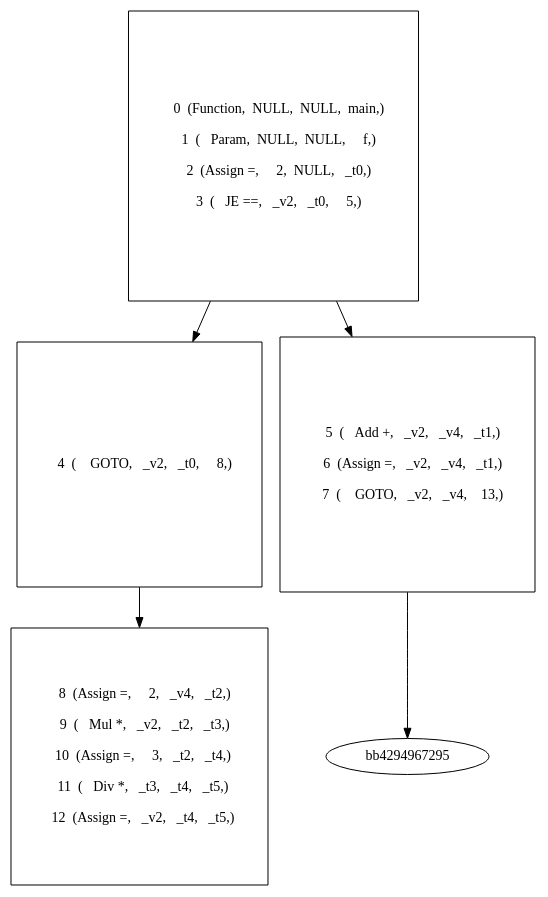
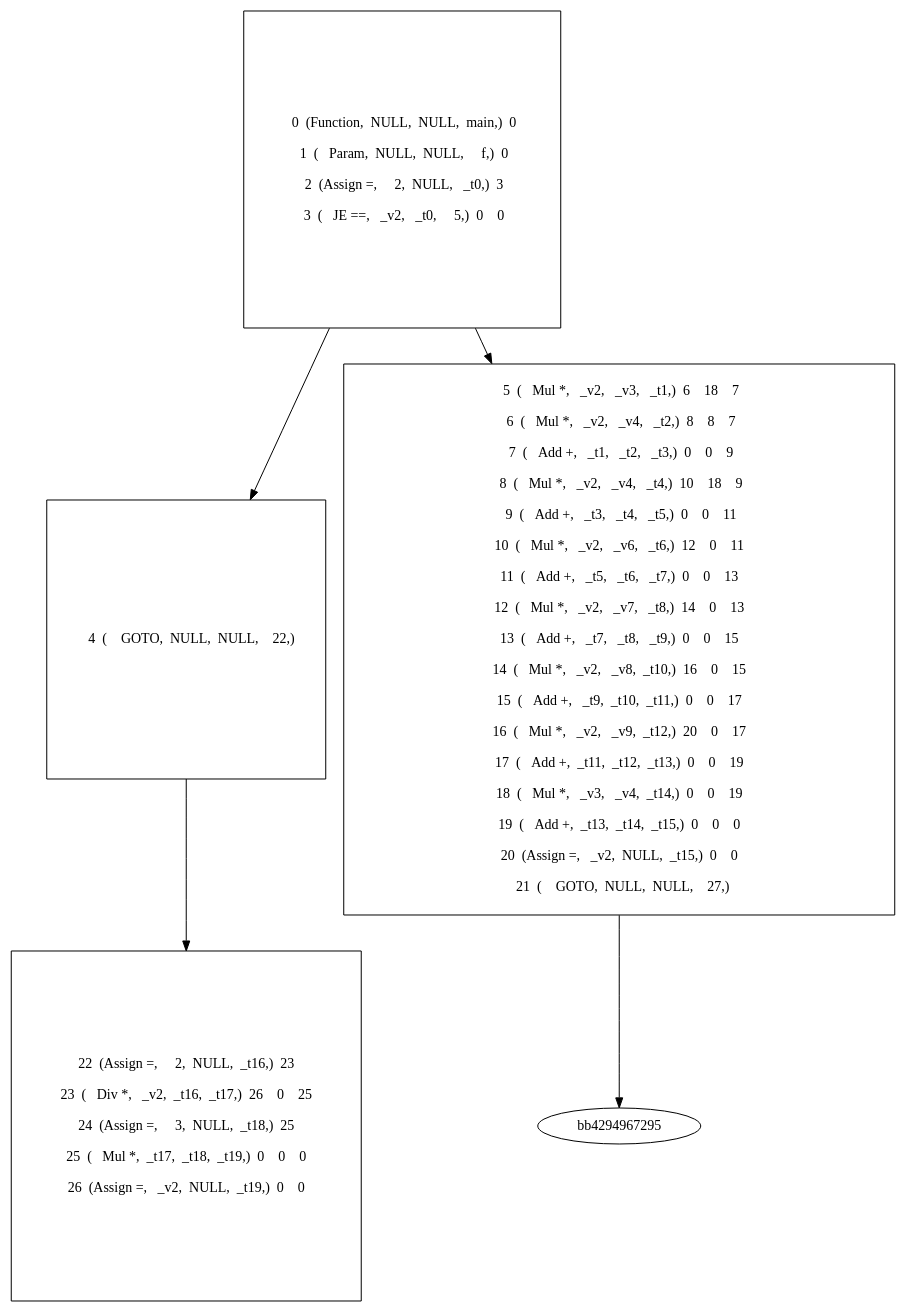
Before and after one commit to cheerryio/compiler: the diagram in graph/graph.dot, drawn with Graphviz. The commit also changed 138 other files, not shown here.

```diff
--- a/graph/graph.dot
+++ b/graph/graph.dot
@@ -1,27 +1,41 @@
 digraph G{
 bb0[shape="square" label="
-    0  (Function,  NULL,  NULL,  main,)\n
-    1  (   Param,  NULL,  NULL,     f,)\n
-    2  (Assign =,     2,  NULL,   _t0,)\n
-    3  (   JE ==,   _v2,   _t0,     5,)\n
+    0  (Function,  NULL,  NULL,  main,)  0  \n
+    1  (   Param,  NULL,  NULL,     f,)  0  \n
+    2  (Assign =,     2,  NULL,   _t0,)  3  \n
+    3  (   JE ==,   _v2,   _t0,     5,)  0    0  \n
 "]
 bb1[shape="square" label="
-    4  (    GOTO,   _v2,   _t0,     8,)\n
+    4  (    GOTO,  NULL,  NULL,    22,)\n
 "]
 bb2[shape="square" label="
-    5  (   Add +,   _v2,   _v4,   _t1,)\n
-    6  (Assign =,   _v2,   _v4,   _t1,)\n
-    7  (    GOTO,   _v2,   _v4,    13,)\n
+    5  (   Mul *,   _v2,   _v3,   _t1,)  6    18    7  \n
+    6  (   Mul *,   _v2,   _v4,   _t2,)  8    8    7  \n
+    7  (   Add +,   _t1,   _t2,   _t3,)  0    0    9  \n
+    8  (   Mul *,   _v2,   _v4,   _t4,)  10    18    9  \n
+    9  (   Add +,   _t3,   _t4,   _t5,)  0    0    11  \n
+   10  (   Mul *,   _v2,   _v6,   _t6,)  12    0    11  \n
+   11  (   Add +,   _t5,   _t6,   _t7,)  0    0    13  \n
+   12  (   Mul *,   _v2,   _v7,   _t8,)  14    0    13  \n
+   13  (   Add +,   _t7,   _t8,   _t9,)  0    0    15  \n
+   14  (   Mul *,   _v2,   _v8,  _t10,)  16    0    15  \n
+   15  (   Add +,   _t9,  _t10,  _t11,)  0    0    17  \n
+   16  (   Mul *,   _v2,   _v9,  _t12,)  20    0    17  \n
+   17  (   Add +,  _t11,  _t12,  _t13,)  0    0    19  \n
+   18  (   Mul *,   _v3,   _v4,  _t14,)  0    0    19  \n
+   19  (   Add +,  _t13,  _t14,  _t15,)  0    0    0  \n
+   20  (Assign =,   _v2,  NULL,  _t15,)  0    0  \n
+   21  (    GOTO,  NULL,  NULL,    27,)\n
 "]
 bb3[shape="square" label="
-    8  (Assign =,     2,   _v4,   _t2,)\n
-    9  (   Mul *,   _v2,   _t2,   _t3,)\n
-   10  (Assign =,     3,   _t2,   _t4,)\n
-   11  (   Div *,   _t3,   _t4,   _t5,)\n
-   12  (Assign =,   _v2,   _t4,   _t5,)\n
+   22  (Assign =,     2,  NULL,  _t16,)  23  \n
+   23  (   Div *,   _v2,  _t16,  _t17,)  26    0    25  \n
+   24  (Assign =,     3,  NULL,  _t18,)  25  \n
+   25  (   Mul *,  _t17,  _t18,  _t19,)  0    0    0  \n
+   26  (Assign =,   _v2,  NULL,  _t19,)  0    0  \n
 "]
 bb0 -> bb2
 bb0 -> bb1
 bb1 -> bb3
 bb2 -> bb4294967295
 }
```
